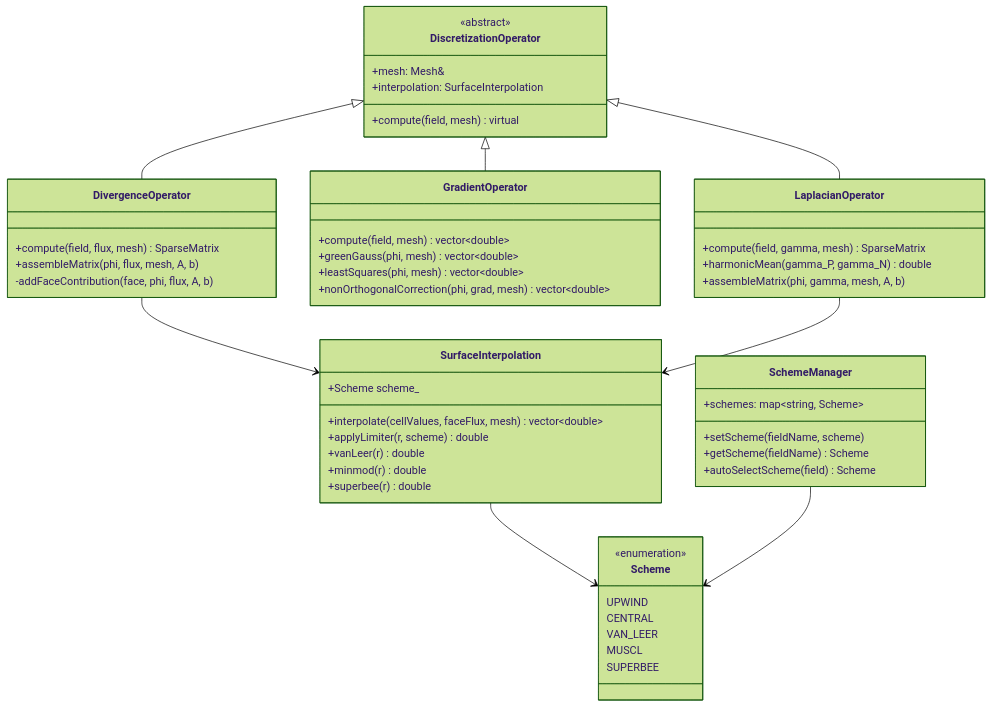
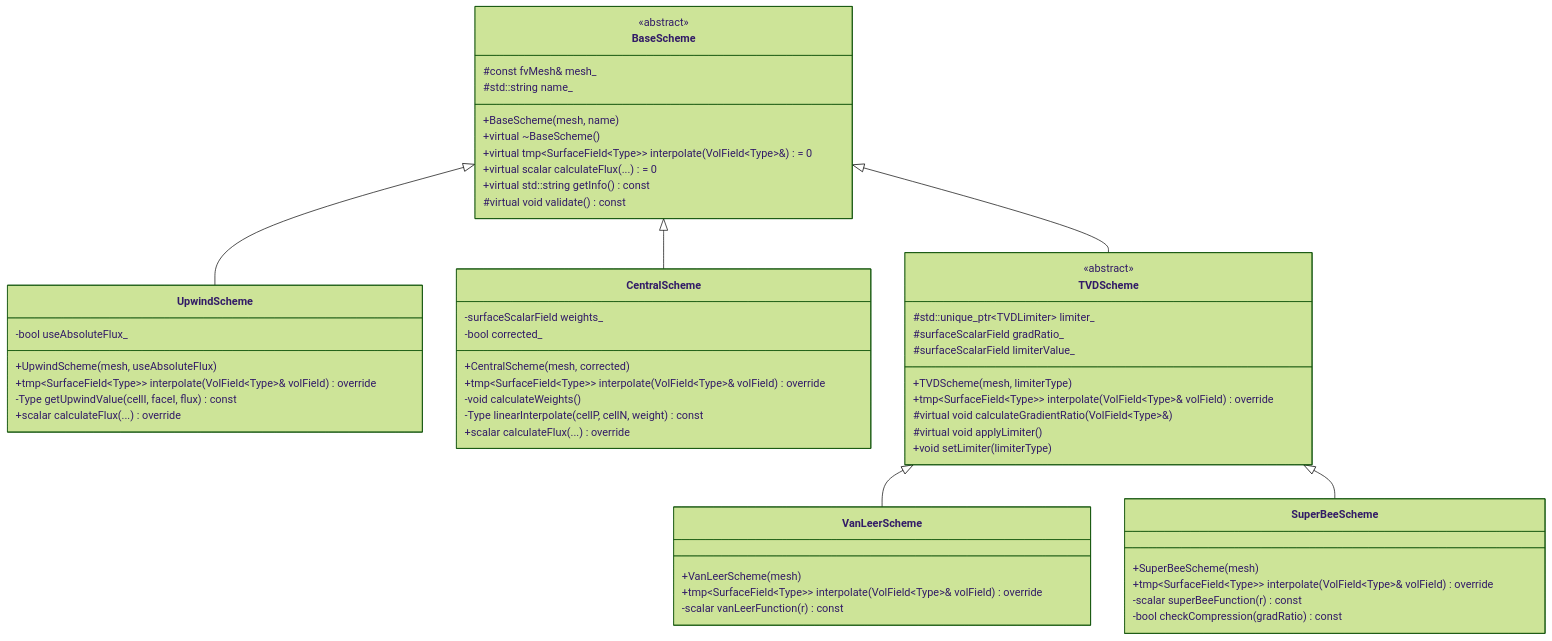
Before and after one commit to wramet/build-my-cfd: the diagram in daily_learning/2026-01-03.md, drawn with Mermaid (forest theme). The commit also changed other lines of this file, not shown here.

````diff
--- a/daily_learning/2026-01-03.md
+++ b/daily_learning/2026-01-03.md
@@ -665,61 +961,65 @@
 ```mermaid
 classDiagram
-    class Scheme {
-        <<enumeration>>
-        UPWIND
-        CENTRAL
-        VAN_LEER
-        MUSCL
-        SUPERBEE
+    direction TB
+    
+    class BaseScheme {
+        <<abstract>>
+        #const fvMesh& mesh_
+        #std::string name_
+        +BaseScheme(mesh, name)
+        +virtual ~BaseScheme()
+        +virtual tmp~SurfaceField~Type~~ interpolate(VolField~Type~&) = 0
+        +virtual scalar calculateFlux(...) = 0
+        +virtual std::string getInfo() const
+        #virtual void validate() const
     }
-
-    class SurfaceInterpolation {
-        +Scheme scheme_
-        +interpolate(cellValues, faceFlux, mesh) vector~double~
-        +applyLimiter(r, scheme) double
-        +vanLeer(r) double
-        +minmod(r) double
-        +superbee(r) double
+    
+    class UpwindScheme {
+        -bool useAbsoluteFlux_
+        +UpwindScheme(mesh, useAbsoluteFlux)
+        +tmp~SurfaceField~Type~~ interpolate(VolField~Type~& volField) override
+        -Type getUpwindValue(cellI, faceI, flux) const
+        +scalar calculateFlux(...) override
     }
-
-    class DiscretizationOperator {
+    
+    class CentralScheme {
+        -surfaceScalarField weights_
+        -bool corrected_
+        +CentralScheme(mesh, corrected)
+        +tmp~SurfaceField~Type~~ interpolate(VolField~Type~& volField) override
+        -void calculateWeights()
+        -Type linearInterpolate(cellP, cellN, weight) const
+        +scalar calculateFlux(...) override
+    }
+    
+    class TVDScheme {
         <<abstract>>
-        +mesh: Mesh&
-        +interpolation: SurfaceInterpolation
-        +compute(field, mesh) virtual
+        #std::unique_ptr~TVDLimiter~ limiter_
+        #surfaceScalarField gradRatio_
+        #surfaceScalarField limiterValue_
+        +TVDScheme(mesh, limiterType)
+        +tmp~SurfaceField~Type~~ interpolate(VolField~Type~& volField) override
+        #virtual void calculateGradientRatio(VolField~Type~&)
+        #virtual void applyLimiter()
+        +void setLimiter(limiterType)
     }
-
-    class DivergenceOperator {
-        +compute(field, flux, mesh) SparseMatrix
-        +assembleMatrix(phi, flux, mesh, A, b)
-        -addFaceContribution(face, phi, flux, A, b)
+    
+    class VanLeerScheme {
+        +VanLeerScheme(mesh)
+        +tmp~SurfaceField~Type~~ interpolate(VolField~Type~& volField) override
+        -scalar vanLeerFunction(r) const
     }
-
-    class GradientOperator {
-        +compute(field, mesh) vector~double~
-        +greenGauss(phi, mesh) vector~double~
-        +leastSquares(phi, mesh) vector~double~
-        +nonOrthogonalCorrection(phi, grad, mesh) vector~double~
+    
+    class SuperBeeScheme {
+        +SuperBeeScheme(mesh)
+        +tmp~SurfaceField~Type~~ interpolate(VolField~Type~& volField) override
+        -scalar superBeeFunction(r) const
+        -bool checkCompression(gradRatio) const
     }
-
-    class LaplacianOperator {
-        +compute(field, gamma, mesh) SparseMatrix
-        +harmonicMean(gamma_P, gamma_N) double
-        +assembleMatrix(phi, gamma, mesh, A, b)
-    }
-
-    class SchemeManager {
-        +schemes: map~string, Scheme~
-        +setScheme(fieldName, scheme)
-        +getScheme(fieldName) Scheme
-        +autoSelectScheme(field) Scheme
-    }
-
-    DiscretizationOperator <|-- DivergenceOperator
-    DiscretizationOperator <|-- GradientOperator
-    DiscretizationOperator <|-- LaplacianOperator
-    SurfaceInterpolation --> Scheme
-    DivergenceOperator --> SurfaceInterpolation
-    LaplacianOperator --> SurfaceInterpolation
-    SchemeManager --> Scheme
+    
+    BaseScheme <|-- UpwindScheme
+    BaseScheme <|-- CentralScheme
+    BaseScheme <|-- TVDScheme
+    TVDScheme <|-- VanLeerScheme
+    TVDScheme <|-- SuperBeeScheme
 ```
````
